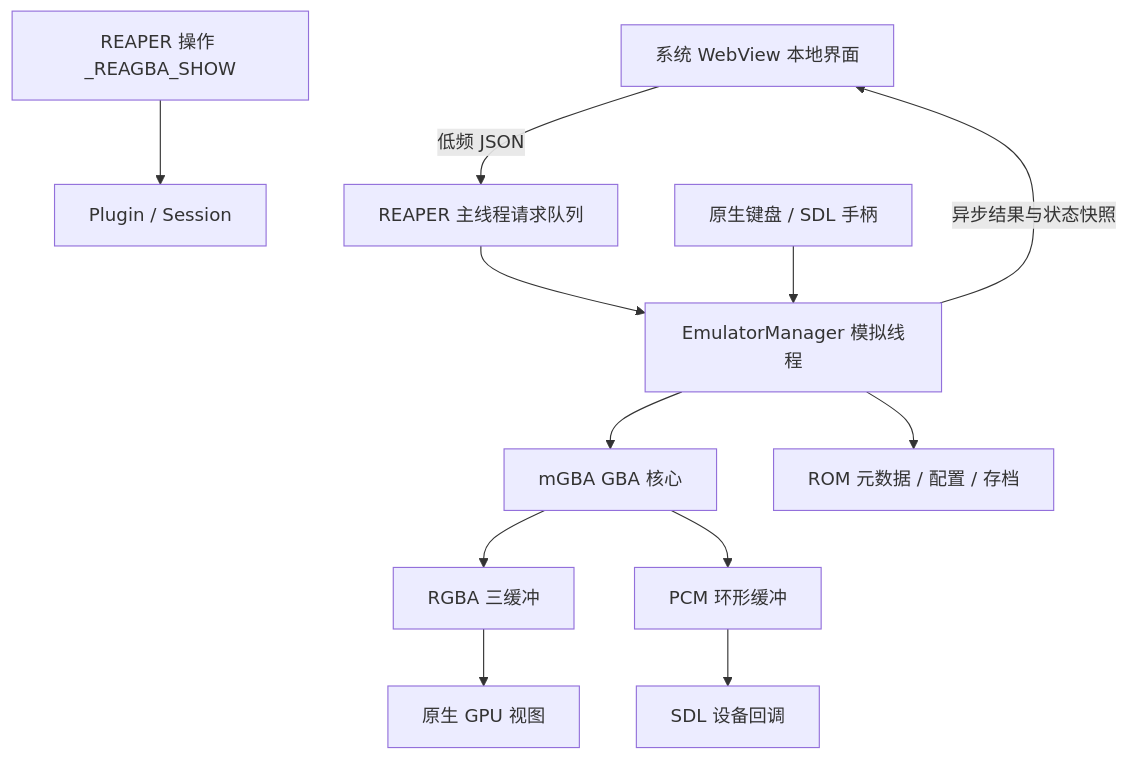
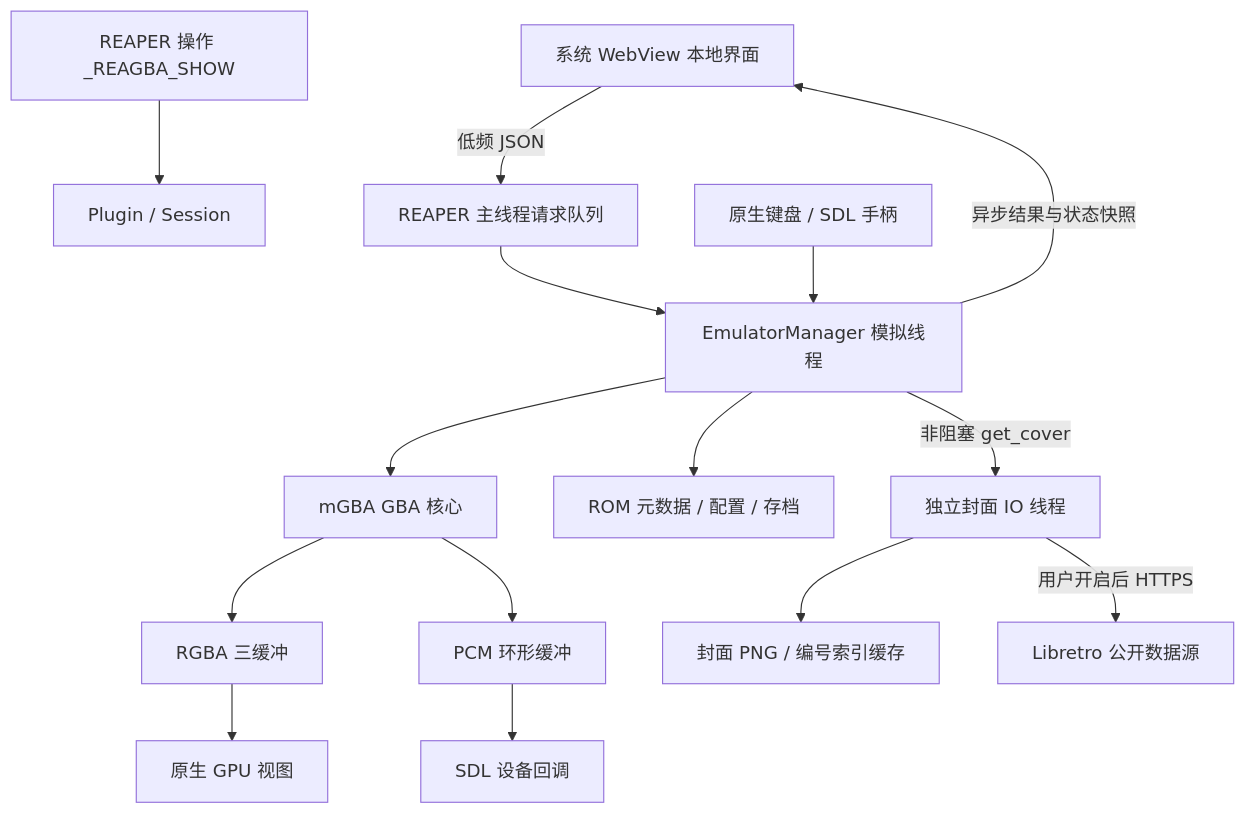
The diagram in docs/ARCHITECTURE.md (zaibuyidao/reagba), drawn with Mermaid before and after one commit. The commit also changed other lines of this file and 17 other files, not shown here.

````diff
--- a/docs/ARCHITECTURE.md
+++ b/docs/ARCHITECTURE.md
@@ -5,14 +5,17 @@
 ```mermaid
 flowchart TD
     Action[REAPER 操作 _REAGBA_SHOW] --> Plugin[Plugin / Session]
     UI[系统 WebView 本地界面] -->|低频 JSON| Queue[REAPER 主线程请求队列]
     Queue --> Manager[EmulatorManager 模拟线程]
     Manager --> Core[mGBA GBA 核心]
     Core --> Frames[RGBA 三缓冲]
     Core --> PCM[PCM 环形缓冲]
     PCM --> Audio[SDL 设备回调]
     Frames --> GPU[原生 GPU 视图]
     Input[原生键盘 / SDL 手柄] --> Manager
     Manager --> Save[ROM 元数据 / 配置 / 存档]
+    Manager -->|非阻塞 get_cover| Covers[独立封面 IO 线程]
+    Covers --> Cache[封面 PNG / 编号索引缓存]
+    Covers -->|用户开启后 HTTPS| Libretro[Libretro 公开数据源]
     Manager -->|异步结果与状态快照| UI
 ```
````
